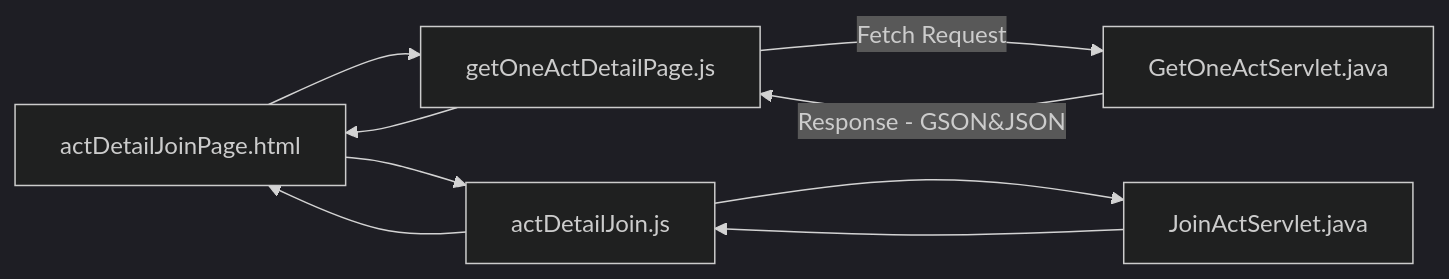
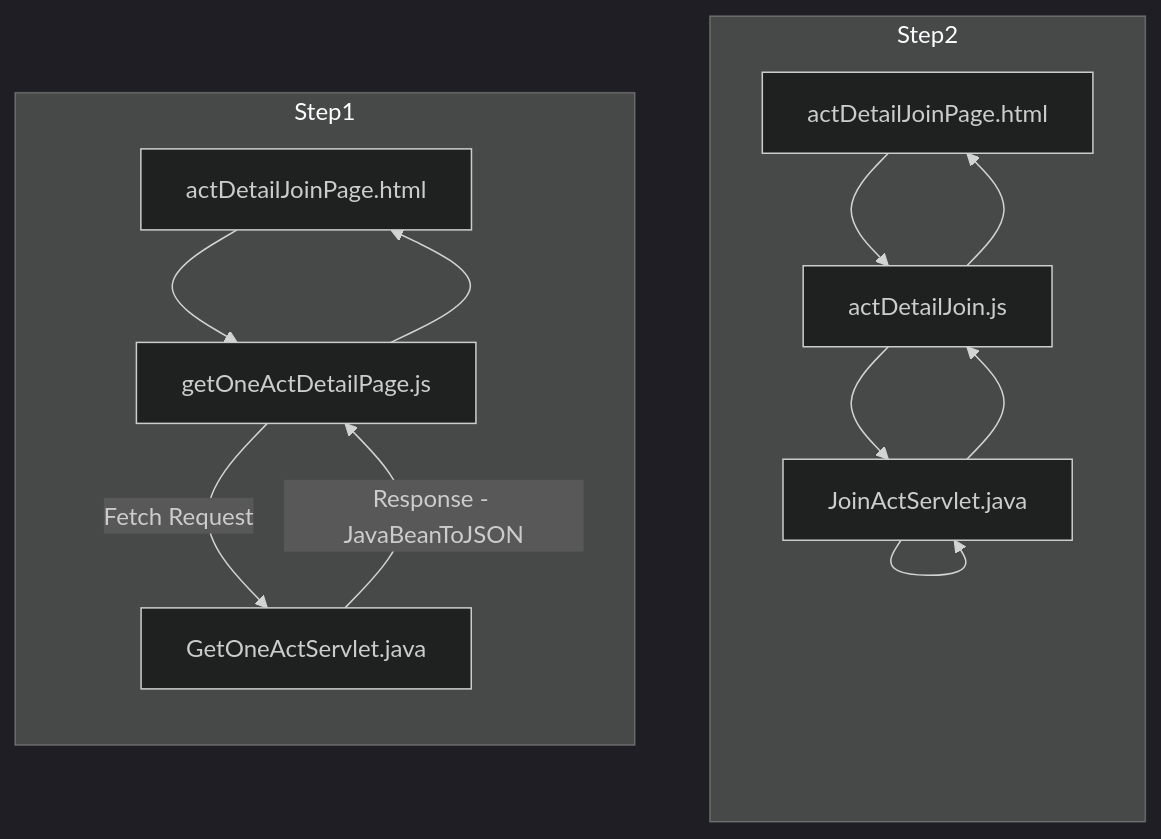
Before and after one commit to TLexYuW/CGA103G1OwnPart: the sixth of 11 diagrams in README.md, drawn with Mermaid (dark theme). The commit also changed other lines of this file, not shown here.

Commit message:
LexVaultBackup: 2022-09-12 16:28:34
Affected files:
README.md

````diff
--- a/README.md
+++ b/README.md
@@ -156,7 +156,12 @@
 ```mermaid
-flowchart LR
+graph BT
+	subgraph Step2
+	aDJP2[actDetailJoinPage.html ] --> aDJ2[actDetailJoin.js] --> JAS[JoinActServlet.java] -->
+	JAS --> aDJ2 --> aDJP2
+	end
+	
+	subgraph Step1
 	aDJP[actDetailJoinPage.html ] --> gOADP[getOneActDetailPage.js] -->|Fetch Request| GOAS[GetOneActServlet.java]
-	GOAS -->|Response - GSON&JSON| gOADP --> aDJP
-	aDJP[actDetailJoinPage.html ] --> aDJ[actDetailJoin.js] --> JAS[JoinActServlet.java]
-	JAS --> aDJ --> aDJP
+	GOAS -->|Response - JavaBeanToJSON| gOADP --> aDJP
+	end
 ``` 
````
